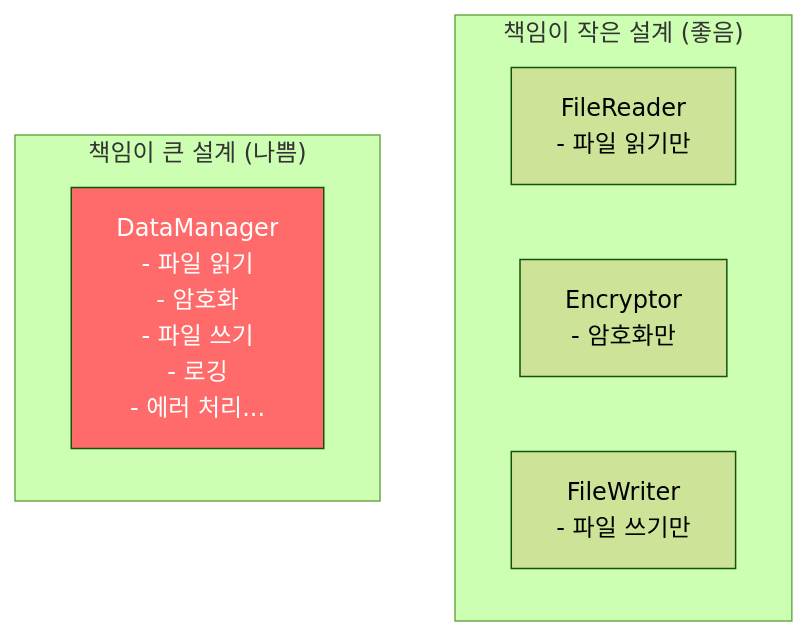
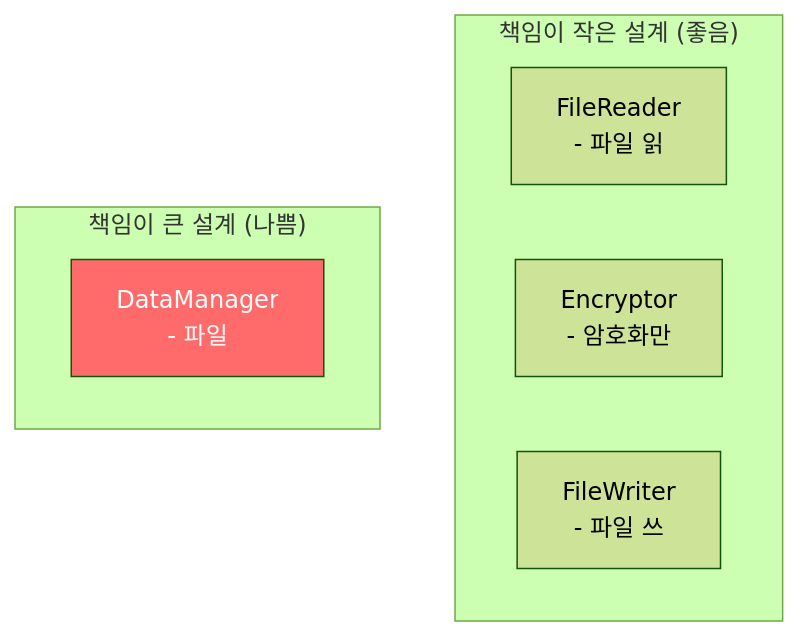
Before and after one commit to yjkim2015/yjkim2015.github.io: the fourth of 8 diagrams in _posts/java/2021-10-09-java-objects1.md, drawn with Mermaid (forest theme). The commit also changed other lines of this file and 271 other files, not shown here.

First line of the commit message:
Mermaid 라벨 축소: 긴 노드 텍스트 18자 이하로 트림 + \n 제거

````diff
--- a/_posts/java/2021-10-09-java-objects1.md
+++ b/_posts/java/2021-10-09-java-objects1.md
@@ -122,12 +122,12 @@
 ```mermaid
 graph TD
     subgraph "책임이 작은 설계 (좋음)"
-    A1["FileReader\n- 파일 읽기만"]
+    A1["FileReader\n- 파일 읽"]
     A2["Encryptor\n- 암호화만"]
-    A3["FileWriter\n- 파일 쓰기만"]
+    A3["FileWriter\n- 파일 쓰"]
     end
     subgraph "책임이 큰 설계 (나쁨)"
-    B1["DataManager\n- 파일 읽기\n- 암호화\n- 파일 쓰기\n- 로깅\n- 에러 처리..."]
+    B1["DataManager\n- 파일"]
     end
     style B1 fill:#ff6b6b,color:#fff
 ```
````
